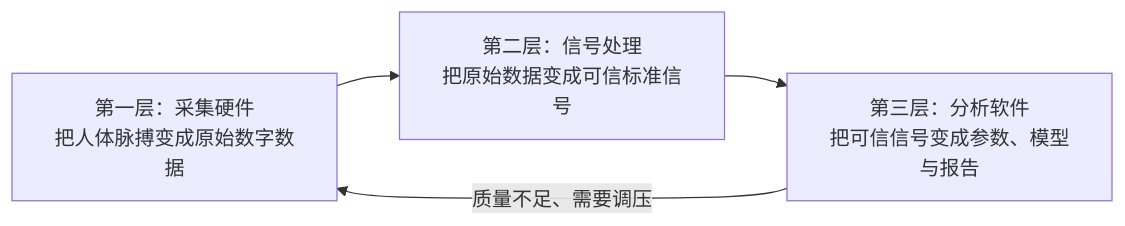
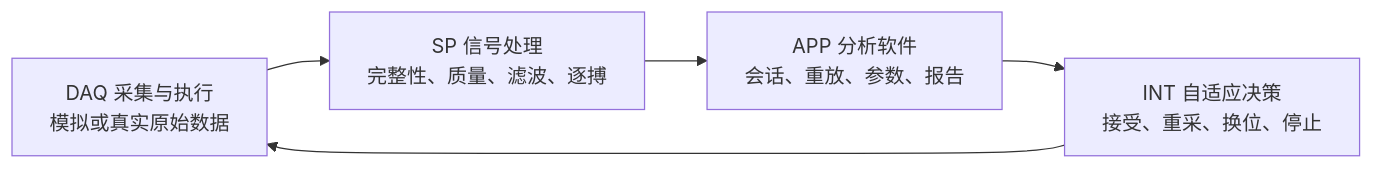
Before and after one commit to cxjchelsea/digital-pulse-diagnosis: the diagram in README.md, drawn with Mermaid. The commit also changed other lines of this file, not shown here.

````diff
--- a/README.md
+++ b/README.md
@@ -13,6 +13,7 @@
 ```mermaid
 flowchart LR
-    A["第一层：采集硬件<br/>把人体脉搏变成原始数字数据"] --> B["第二层：信号处理<br/>把原始数据变成可信标准信号"]
-    B --> C["第三层：分析软件<br/>把可信信号变成参数、模型与报告"]
-    C -->|质量不足、需要调压| A
+    A["DAQ 采集与执行<br/>模拟或真实原始数据"] --> B["SP 信号处理<br/>完整性、质量、滤波、逐搏"]
+    B --> C["APP 分析软件<br/>会话、重放、参数、报告"]
+    C --> D["INT 自适应决策<br/>接受、重采、换位、停止"]
+    D --> A
 ```
````
